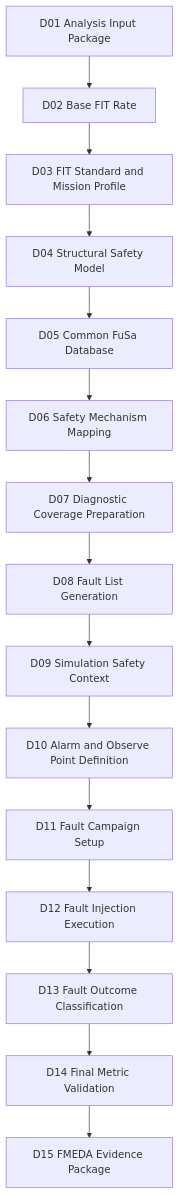
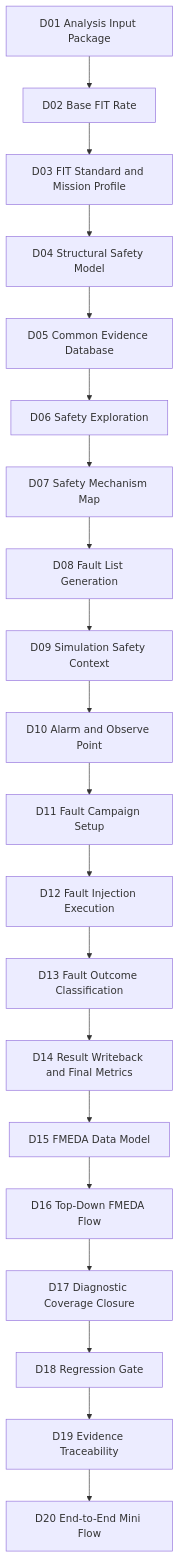
One commit to qiqixixi1001/automotive-safeic-practice changed the first of 4 diagrams in articles/01_automotive_safeic_practice_d01_github_en_revised.md. Above: the diagram before and after it, drawn with Mermaid. The commit also changed other lines of this file, not shown here.

````diff
--- a/articles/01_automotive_safeic_practice_d01_github_en_revised.md
+++ b/articles/01_automotive_safeic_practice_d01_github_en_revised.md
@@ -265,17 +203,22 @@
 ```mermaid
 flowchart TD
-    A[D01 Analysis Input Package] --> B[D02 Base FIT Rate]
-    B --> C[D03 FIT Standard and Mission Profile]
-    C --> D[D04 Structural Safety Model]
-    D --> E[D05 Common FuSa Database]
-    E --> F[D06 Safety Mechanism Mapping]
-    F --> G[D07 Diagnostic Coverage Preparation]
-    G --> H[D08 Fault List Generation]
-    H --> I[D09 Simulation Safety Context]
-    I --> J[D10 Alarm and Observe Point Definition]
-    J --> K[D11 Fault Campaign Setup]
-    K --> L[D12 Fault Injection Execution]
-    L --> M[D13 Fault Outcome Classification]
-    M --> N[D14 Final Metric Validation]
-    N --> O[D15 FMEDA Evidence Package]
+    D01[D01 Analysis Input Package] --> D02[D02 Base FIT Rate]
+    D02 --> D03[D03 FIT Standard and Mission Profile]
+    D03 --> D04[D04 Structural Safety Model]
+    D04 --> D05[D05 Common Evidence Database]
+    D05 --> D06[D06 Safety Exploration]
+    D06 --> D07[D07 Safety Mechanism Map]
+    D07 --> D08[D08 Fault List Generation]
+    D08 --> D09[D09 Simulation Safety Context]
+    D09 --> D10[D10 Alarm and Observe Point]
+    D10 --> D11[D11 Fault Campaign Setup]
+    D11 --> D12[D12 Fault Injection Execution]
+    D12 --> D13[D13 Fault Outcome Classification]
+    D13 --> D14[D14 Result Writeback and Final Metrics]
+    D14 --> D15[D15 FMEDA Data Model]
+    D15 --> D16[D16 Top-Down FMEDA Flow]
+    D16 --> D17[D17 Diagnostic Coverage Closure]
+    D17 --> D18[D18 Regression Gate]
+    D18 --> D19[D19 Evidence Traceability]
+    D19 --> D20[D20 End-to-End Mini Flow]
 ```
````
